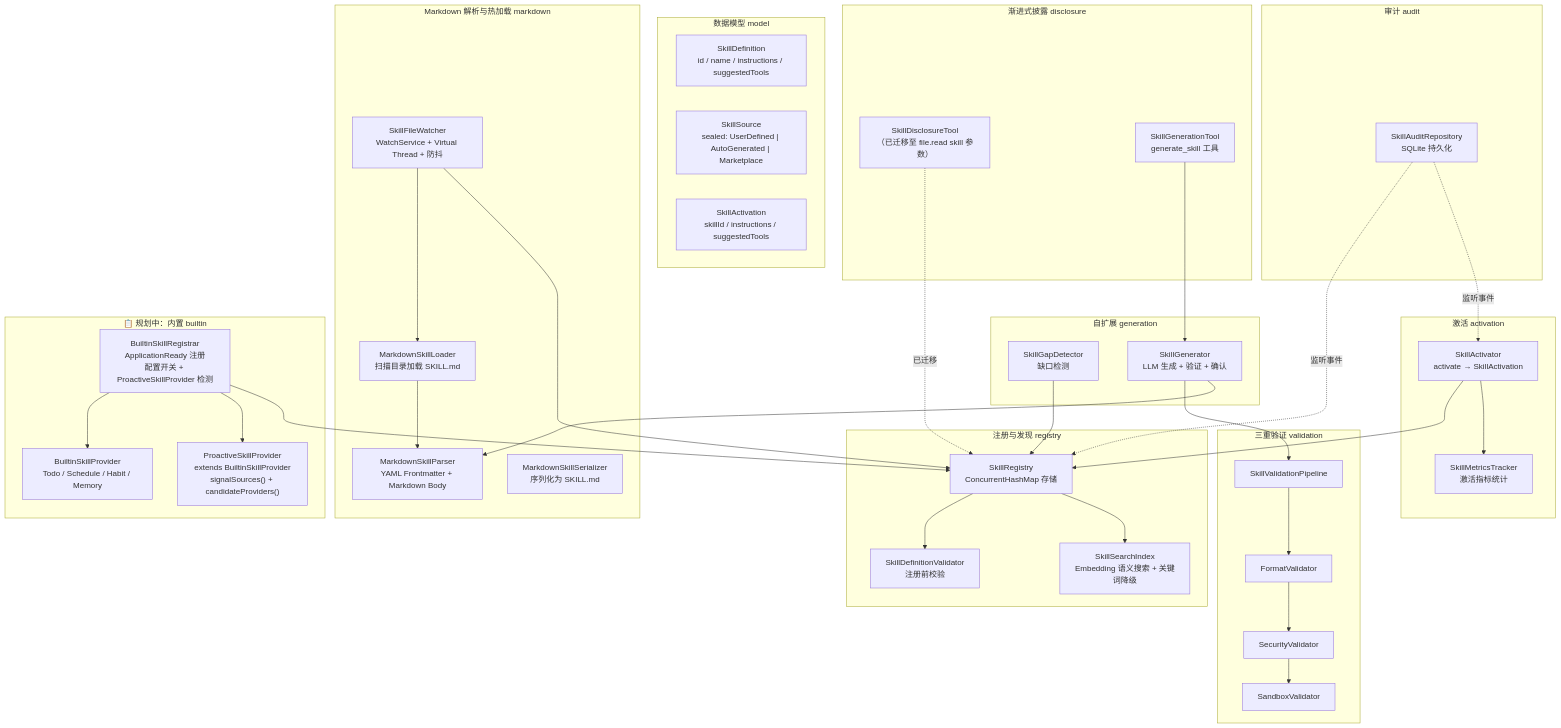
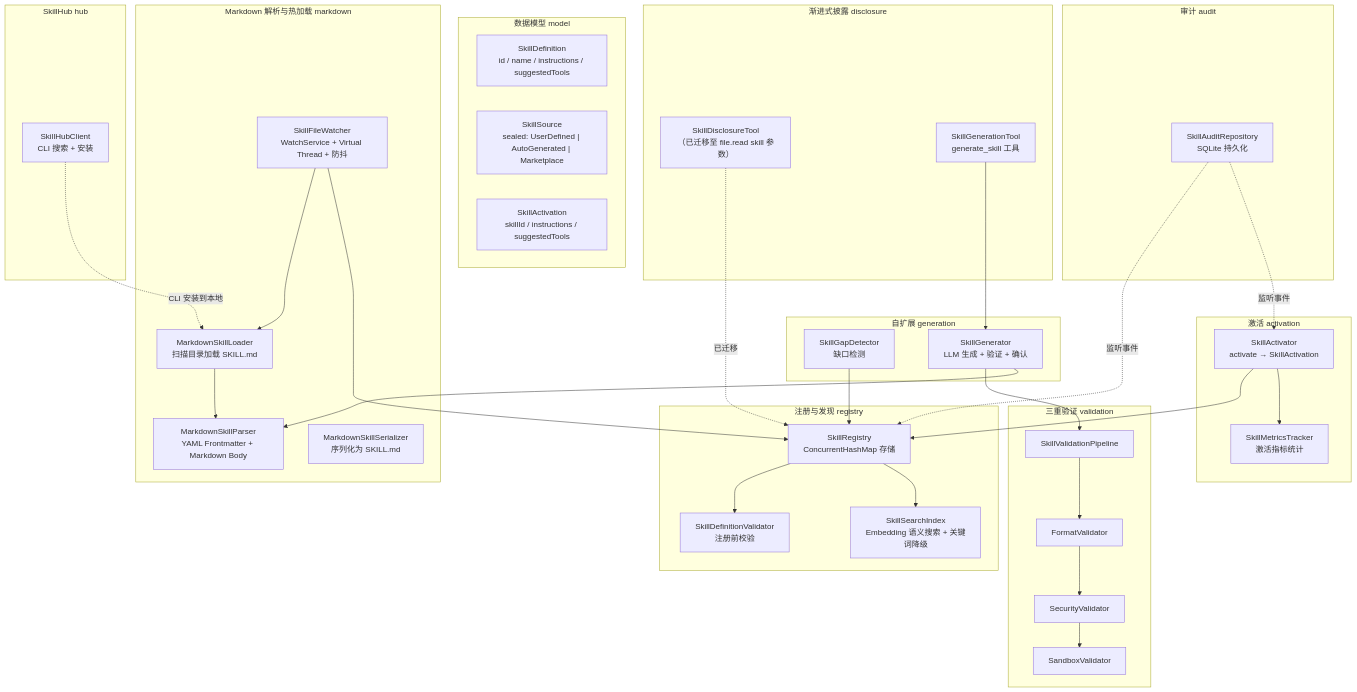
Before and after one commit to ntygod/LifePilot: the first of 4 diagrams in docs/architecture/skill-system.md, drawn with Mermaid. The commit also changed other lines of this file and 138 other files, not shown here.

````diff
--- a/docs/architecture/skill-system.md
+++ b/docs/architecture/skill-system.md
@@ -15,71 +15,67 @@
 ```mermaid
 graph TB
     subgraph "数据模型 model"
         SD["SkillDefinition<br/>id / name / instructions / suggestedTools"]
         SS["SkillSource<br/>sealed: UserDefined | AutoGenerated | Marketplace"]
         SA_M["SkillActivation<br/>skillId / instructions / suggestedTools"]
     end
 
     subgraph "注册与发现 registry"
         SR["SkillRegistry<br/>ConcurrentHashMap 存储"]
         SDV["SkillDefinitionValidator<br/>注册前校验"]
         SSI["SkillSearchIndex<br/>Embedding 语义搜索 + 关键词降级"]
     end
 
     subgraph "激活 activation"
         SA["SkillActivator<br/>activate → SkillActivation"]
         SMT["SkillMetricsTracker<br/>激活指标统计"]
     end
 
     subgraph "Markdown 解析与热加载 markdown"
         MSL["MarkdownSkillLoader<br/>扫描目录加载 SKILL.md"]
         MSP["MarkdownSkillParser<br/>YAML Frontmatter + Markdown Body"]
         MSS["MarkdownSkillSerializer<br/>序列化为 SKILL.md"]
         SFW["SkillFileWatcher<br/>WatchService + Virtual Thread + 防抖"]
     end
 
     subgraph "三重验证 validation"
         SVP["SkillValidationPipeline"]
         FV["FormatValidator"]
         SEV["SecurityValidator"]
         SBV["SandboxValidator"]
         SVP --> FV --> SEV --> SBV
     end
 
     subgraph "自扩展 generation"
         SGD["SkillGapDetector<br/>缺口检测"]
         SG["SkillGenerator<br/>LLM 生成 + 验证 + 确认"]
     end
 
     subgraph "渐进式披露 disclosure"
         SDT["SkillDisclosureTool<br/>（已迁移至 file.read skill 参数）"]
         SGT["SkillGenerationTool<br/>generate_skill 工具"]
     end
 
-    subgraph "📋 规划中：内置 builtin"
-        BSR["BuiltinSkillRegistrar<br/>ApplicationReady 注册<br/>配置开关 + ProactiveSkillProvider 检测"]
-        BSP["BuiltinSkillProvider<br/>Todo / Schedule / Habit / Memory"]
-        PSP["ProactiveSkillProvider<br/>extends BuiltinSkillProvider<br/>signalSources() + candidateProviders()"]
+    subgraph "SkillHub hub"
+        SHC["SkillHubClient<br/>CLI 搜索 + 安装"]
     end
 
     subgraph "审计 audit"
         SAR["SkillAuditRepository<br/>SQLite 持久化"]
     end
 
     SR --> SDV
     SR --> SSI
     SA --> SR
     SA --> SMT
     SFW --> MSL --> MSP
     SFW --> SR
     SGD --> SR
     SG --> SVP
     SG --> MSP
     SDT -.->|"已迁移"| SR
     SGT --> SG
-    BSR --> BSP
-    BSR --> PSP
-    BSR --> SR
+    SHC -.->|"CLI 安装到本地"| MSL
     SAR -.->|"监听事件"| SR
     SAR -.->|"监听事件"| SA
 ```
````
